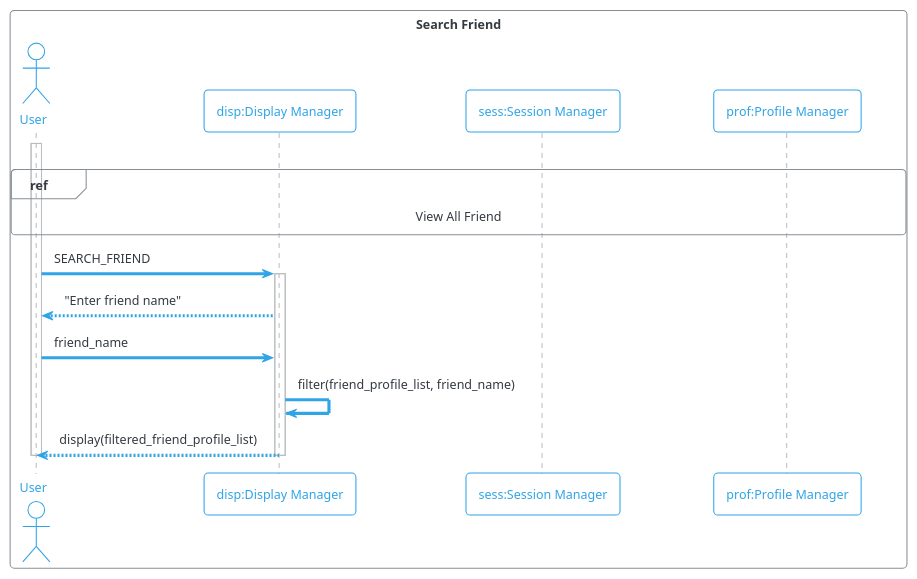
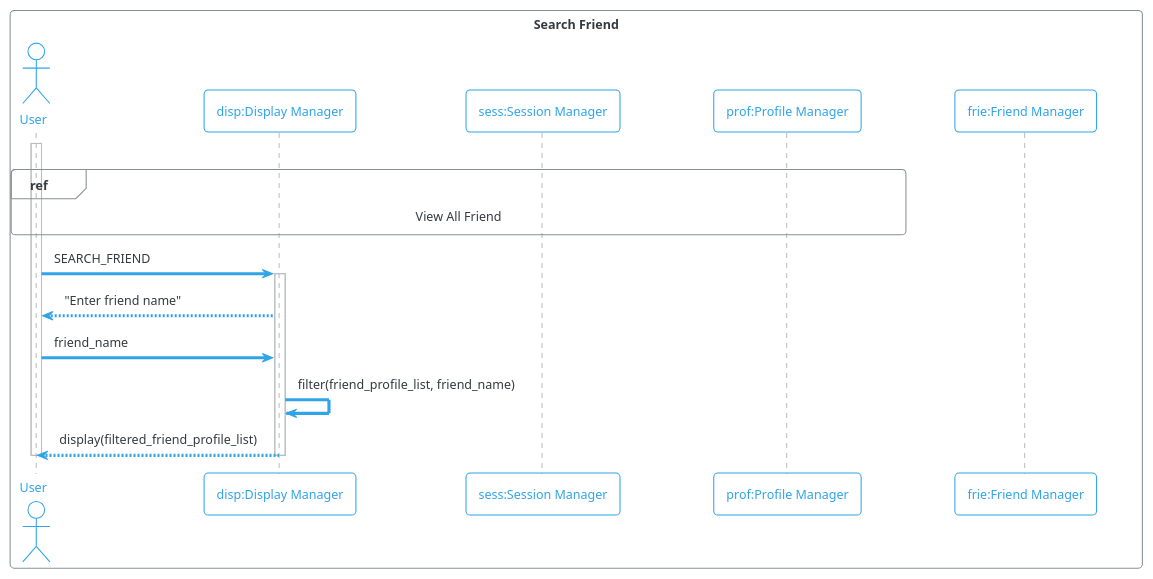
The diagram in Sequence Diagrams/Squad/SearchFriend.puml (md-y/3354-splitsquad), drawn with PlantUML before and after one commit. The commit also changed 10 other files, not shown here.

Commit message:
Add All Sequence Diagram of Squad

```diff
--- a/Sequence Diagrams/Squad/SearchFriend.puml
+++ b/Sequence Diagrams/Squad/SearchFriend.puml
@@ -1,18 +1,19 @@
 @startuml
 !theme cerulean-outline
 box "Search Friend"
 actor "User" as user
 participant "disp:Display Manager" as disp
 participant "sess:Session Manager" as sess
 participant "prof:Profile Manager" as prof
+participant "frie:Friend Manager" as frie
 end box
 |||
 activate user
 ref over user, disp, sess, prof: View All Friend
 user -> disp ++ : SEARCH_FRIEND
 disp --> user : "Enter friend name"
 user -> disp : friend_name
 disp -> disp : filter(friend_profile_list, friend_name)
 disp --> user --: display(filtered_friend_profile_list)
 deactivate user
 @enduml
```
